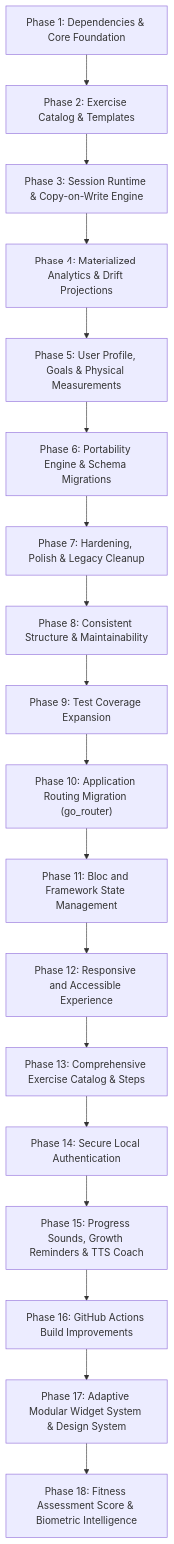
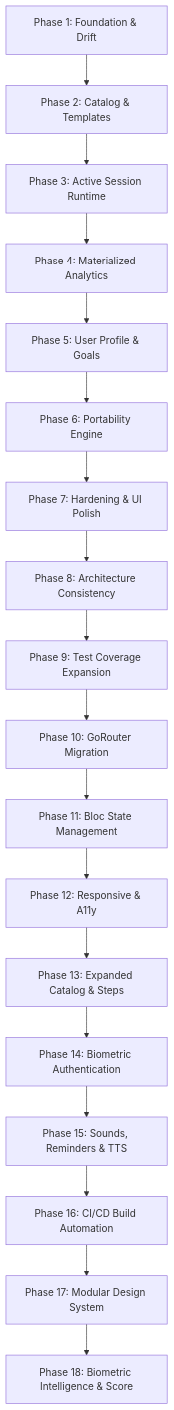
One commit to 0Vipin0/growth_gauge changed the diagram in docs/implementation-plan.md. Above: the diagram before and after it, drawn with Mermaid. The commit also changed other lines of this file and 20 other files, not shown here.

````diff
--- a/docs/implementation-plan.md
+++ b/docs/implementation-plan.md
@@ -75,20 +53,20 @@
 ```mermaid
 flowchart TD
-    P1["Phase 1: Dependencies & Core Foundation"] --> P2["Phase 2: Exercise Catalog & Templates"]
-    P2 --> P3["Phase 3: Session Runtime & Copy-on-Write Engine"]
-    P3 --> P4["Phase 4: Materialized Analytics & Drift Projections"]
-    P4 --> P5["Phase 5: User Profile, Goals & Physical Measurements"]
-    P5 --> P6["Phase 6: Portability Engine & Schema Migrations"]
-    P6 --> P7["Phase 7: Hardening, Polish & Legacy Cleanup"]
-    P7 --> P8["Phase 8: Consistent Structure & Maintainability"]
+    P1["Phase 1: Foundation & Drift"] --> P2["Phase 2: Catalog & Templates"]
+    P2 --> P3["Phase 3: Active Session Runtime"]
+    P3 --> P4["Phase 4: Materialized Analytics"]
+    P4 --> P5["Phase 5: User Profile & Goals"]
+    P5 --> P6["Phase 6: Portability Engine"]
+    P6 --> P7["Phase 7: Hardening & UI Polish"]
+    P7 --> P8["Phase 8: Architecture Consistency"]
     P8 --> P9["Phase 9: Test Coverage Expansion"]
-    P9 --> P10["Phase 10: Application Routing Migration (go_router)"]
-    P10 --> P11["Phase 11: Bloc and Framework State Management"]
-    P11 --> P12["Phase 12: Responsive and Accessible Experience"]
-    P12 --> P13["Phase 13: Comprehensive Exercise Catalog & Steps"]
-    P13 --> P14["Phase 14: Secure Local Authentication"]
-    P14 --> P15["Phase 15: Progress Sounds, Growth Reminders & TTS Coach"]
-    P15 --> P16["Phase 16: GitHub Actions Build Improvements"]
-    P16 --> P17["Phase 17: Adaptive Modular Widget System & Design System"]
-    P17 --> P18["Phase 18: Fitness Assessment Score & Biometric Intelligence"]
+    P9 --> P10["Phase 10: GoRouter Migration"]
+    P10 --> P11["Phase 11: Bloc State Management"]
+    P11 --> P12["Phase 12: Responsive & A11y"]
+    P12 --> P13["Phase 13: Expanded Catalog & Steps"]
+    P13 --> P14["Phase 14: Biometric Authentication"]
+    P14 --> P15["Phase 15: Sounds, Reminders & TTS"]
+    P15 --> P16["Phase 16: CI/CD Build Automation"]
+    P16 --> P17["Phase 17: Modular Design System"]
+    P17 --> P18["Phase 18: Biometric Intelligence & Score"]
 ```
````
